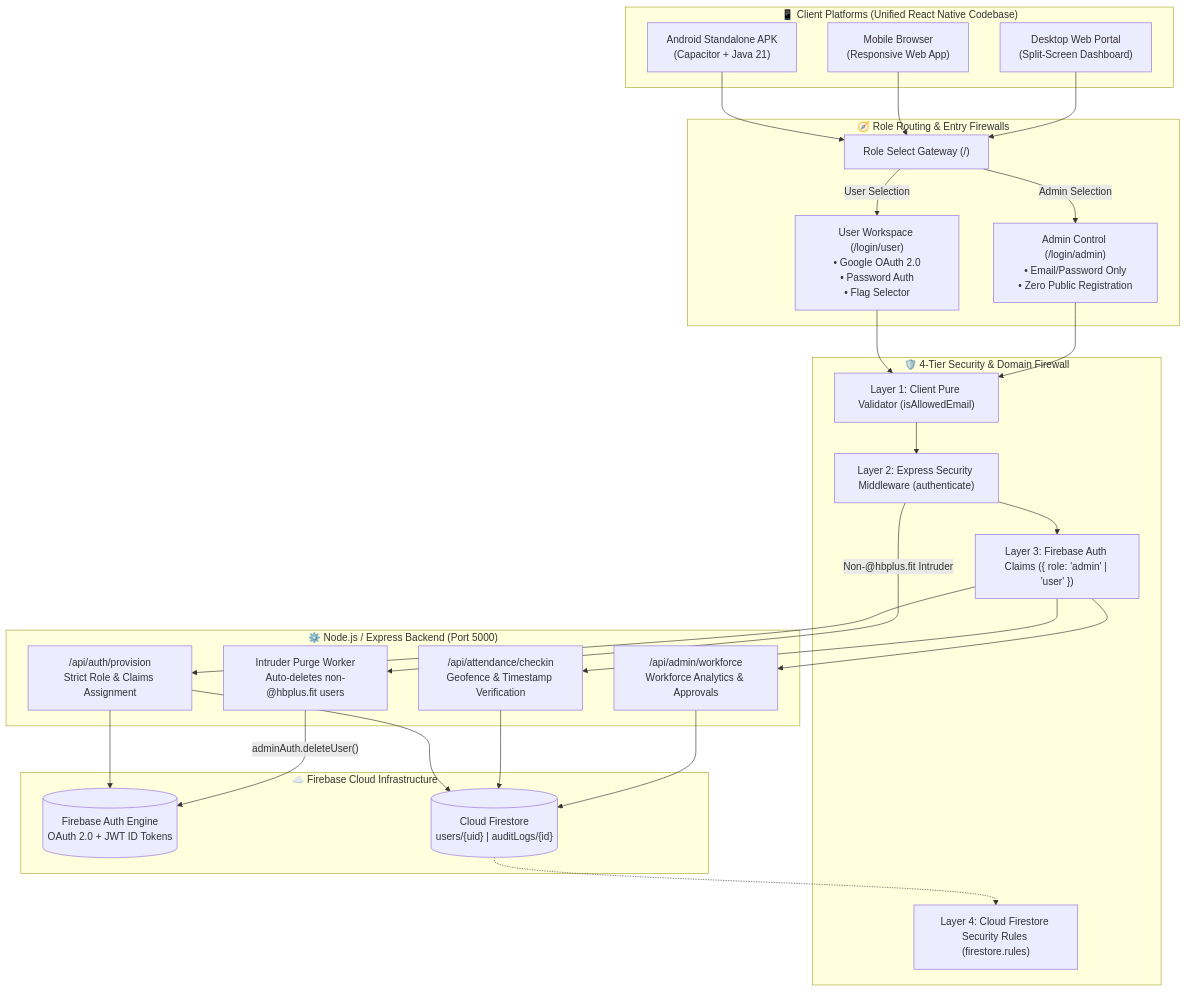
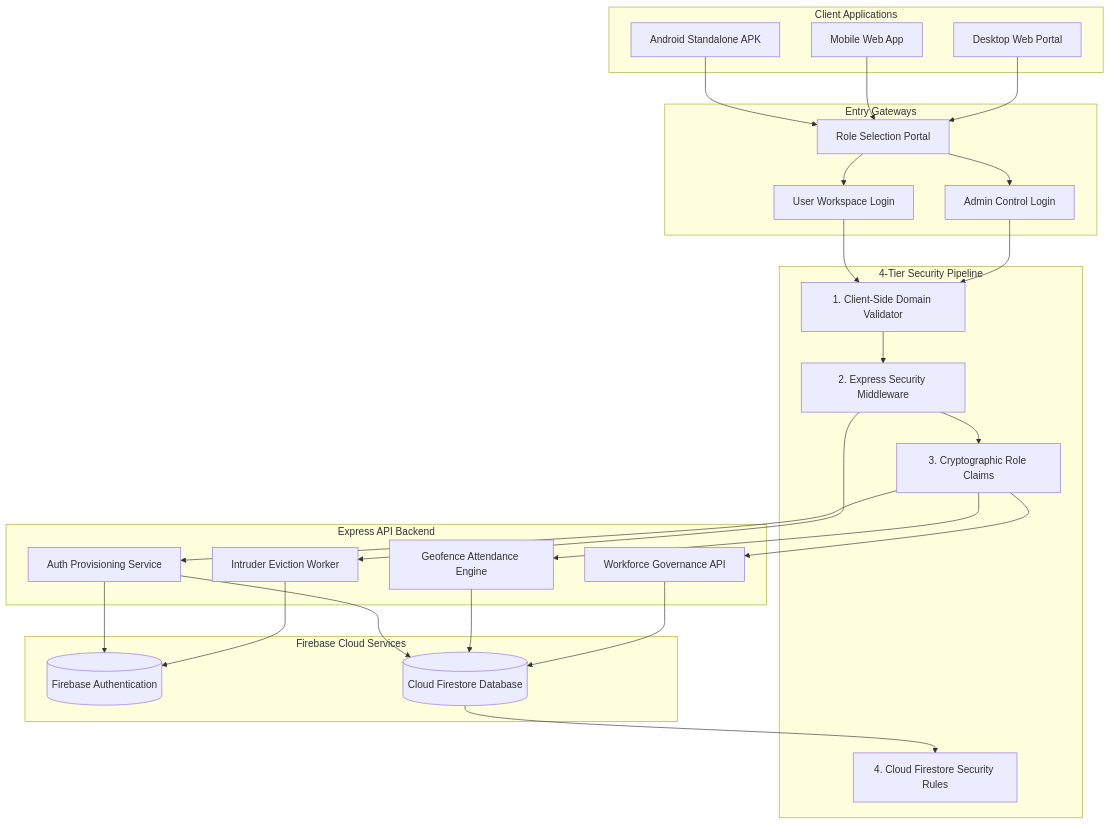
Before and after one commit to vishalkhadatare/HBPlus.Assesment: the first of 2 diagrams in README.md, drawn with Mermaid. The commit also changed other lines of this file, not shown here.

Commit message:
docs: add universal ASCII architecture maps and sanitize Mermaid diagrams for GitHub rendering

````diff
--- a/README.md
+++ b/README.md
@@ -106,57 +140,53 @@
 ```mermaid
-flowchart TB
-    subgraph CLIENT_LAYER["📱 Client Platforms (Unified React Native Codebase)"]
-        A1["Android Standalone APK\n(Capacitor + Java 21)"]
-        A2["Mobile Browser\n(Responsive Web App)"]
-        A3["Desktop Web Portal\n(Split-Screen Dashboard)"]
+flowchart TD
+    subgraph Clients [Client Applications]
+        A1[Android Standalone APK]
+        A2[Mobile Web App]
+        A3[Desktop Web Portal]
     end
 
-    subgraph AUTH_ROUTING["🧭 Role Routing & Entry Firewalls"]
-        B["Role Select Gateway (/)"]
-        C["User Workspace (/login/user)\n• Google OAuth 2.0\n• Password Auth\n• Flag Selector"]
-        D["Admin Control (/login/admin)\n• Email/Password Only\n• Zero Public Registration"]
+    subgraph Entry [Entry Gateways]
+        B[Role Selection Portal]
+        C[User Workspace Login]
+        D[Admin Control Login]
     end
 
-    subgraph SECURITY_MIDDLEWARE["🛡️ 4-Tier Security & Domain Firewall"]
-        E["Layer 1: Client Pure Validator (isAllowedEmail)"]
-        F["Layer 2: Express Security Middleware (authenticate)"]
-        G["Layer 3: Firebase Auth Claims ({ role: 'admin' | 'user' })"]
-        H["Layer 4: Cloud Firestore Security Rules (firestore.rules)"]
+    subgraph SecurityTier [4-Tier Security Pipeline]
+        E[1. Client-Side Domain Validator]
+        F[2. Express Security Middleware]
+        G[3. Cryptographic Role Claims]
+        H[4. Cloud Firestore Security Rules]
     end
 
-    subgraph BACKEND_SERVICES["⚙️ Node.js / Express Backend (Port 5000)"]
-        I["/api/auth/provision\nStrict Role & Claims Assignment"]
-        J["/api/attendance/checkin\nGeofence & Timestamp Verification"]
-        K["/api/admin/workforce\nWorkforce Analytics & Approvals"]
-        L["Intruder Purge Worker\nAuto-deletes non-@hbplus.fit users"]
+    subgraph BackendAPI [Express API Backend]
+        I[Auth Provisioning Service]
+        J[Geofence Attendance Engine]
+        K[Workforce Governance API]
+        L[Intruder Eviction Worker]
     end
 
-    subgraph CLOUD_DATABASE["☁️ Firebase Cloud Infrastructure"]
-        M[("Firebase Auth Engine\nOAuth 2.0 + JWT ID Tokens")]
-        N[("Cloud Firestore\nusers/{uid} | auditLogs/{id}")]
+    subgraph CloudInfra [Firebase Cloud Services]
+        M[(Firebase Authentication)]
+        N[(Cloud Firestore Database)]
     end
 
     A1 --> B
     A2 --> B
     A3 --> B
-
-    B -->|"User Selection"| C
-    B -->|"Admin Selection"| D
-
+    B --> C
+    B --> D
     C --> E
     D --> E
     E --> F
     F --> G
-
     G --> I
     G --> J
     G --> K
-    F -->|"Non-@hbplus.fit Intruder"| L
-
+    F --> L
     I --> M
-    L -->|"adminAuth.deleteUser()"| M
+    L --> M
     I --> N
     J --> N
     K --> N
-    N -.-> H
+    N --> H
 ```
````
